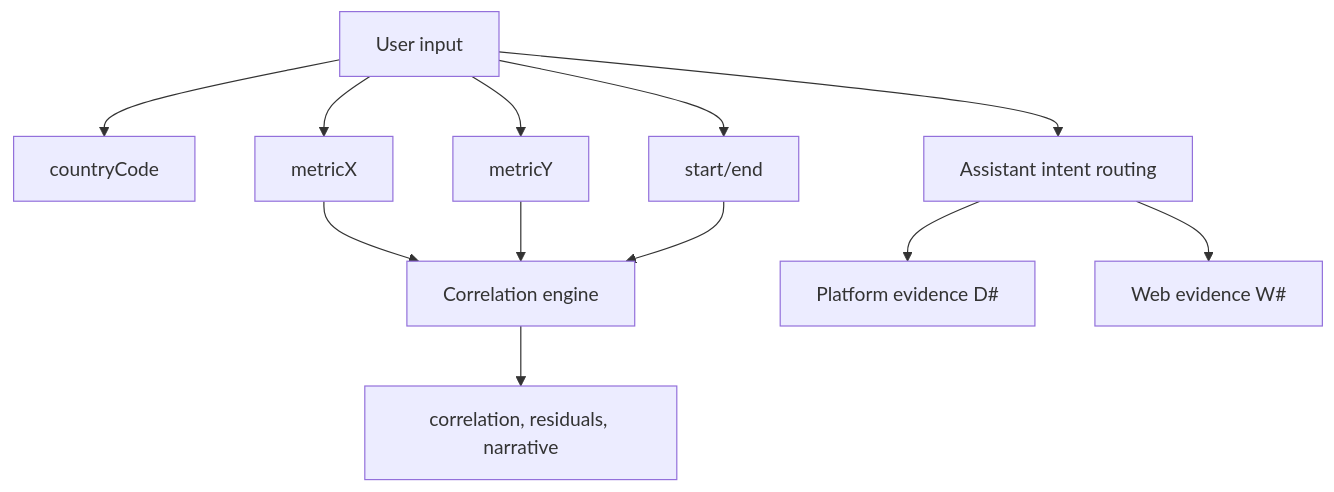
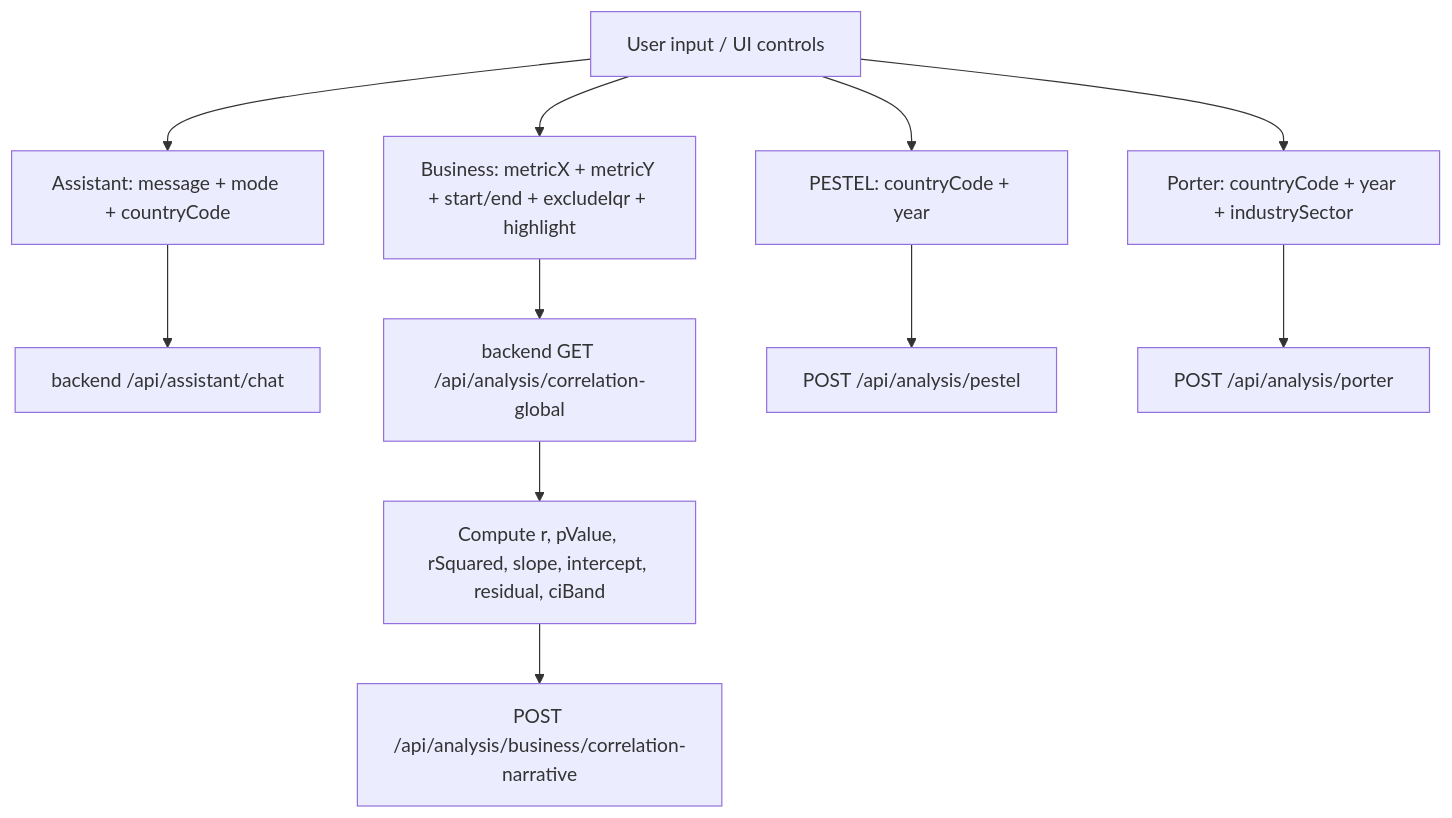
The diagram in docs/VARIABLES.md (RifqiMT/country-analytics-dashboard), drawn with Mermaid before and after one commit. The commit also changed other lines of this file and 15 other files, not shown here.

````diff
--- a/docs/VARIABLES.md
+++ b/docs/VARIABLES.md
@@ -32,14 +226,14 @@
 ```mermaid
 flowchart TD
-  U[User input] --> C[countryCode]
-  U --> MX[metricX]
-  U --> MY[metricY]
-  U --> Y[start/end]
-  MX --> E[Correlation engine]
-  MY --> E
-  Y --> E
-  E --> O[correlation, residuals, narrative]
-  U --> A[Assistant intent routing]
-  A --> D[Platform evidence D#]
-  A --> W[Web evidence W#]
+  U[User input / UI controls] --> A1[Assistant: message + mode + countryCode]
+  U --> B1[Business: metricX + metricY + start/end + excludeIqr + highlight]
+  U --> C1[PESTEL: countryCode + year]
+  U --> D1[Porter: countryCode + year + industrySector]
+
+  A1 --> E1[backend /api/assistant/chat]
+  B1 --> E2[backend GET /api/analysis/correlation-global]
+  E2 --> E3[Compute r, pValue, rSquared, slope, intercept, residual, ciBand]
+  E3 --> E4[POST /api/analysis/business/correlation-narrative]
+  C1 --> E5[POST /api/analysis/pestel]
+  D1 --> E6[POST /api/analysis/porter]
 ```
````
